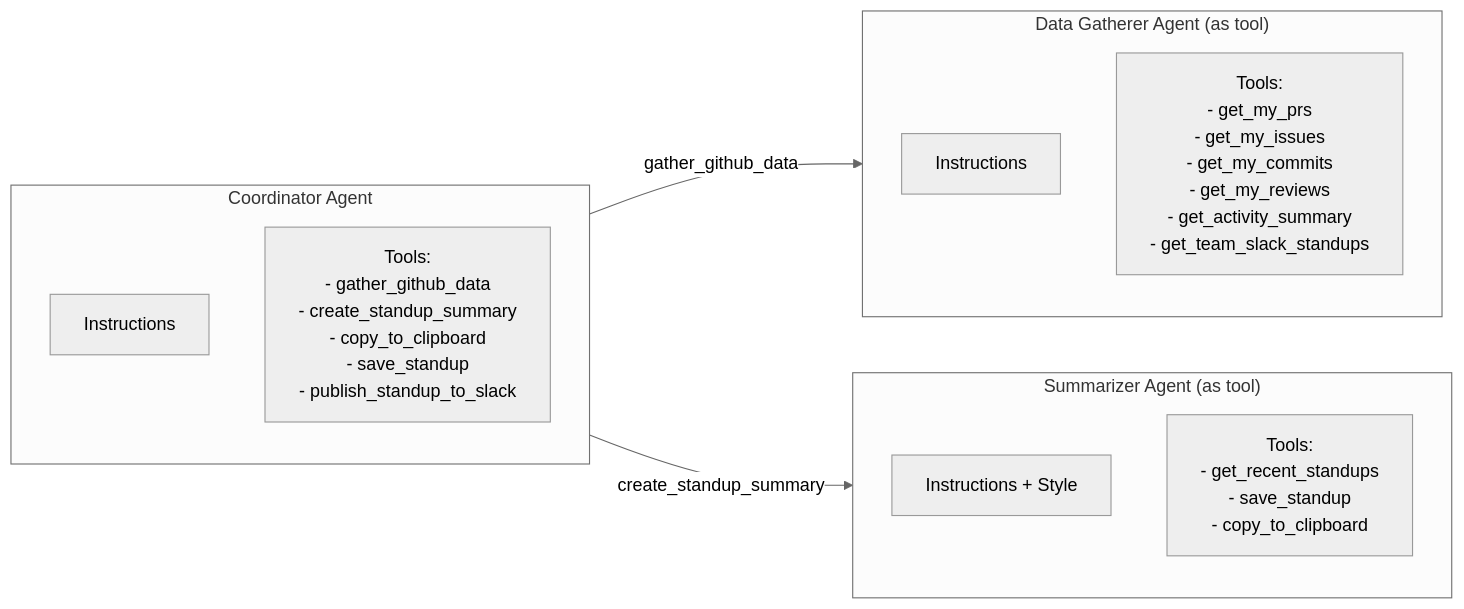
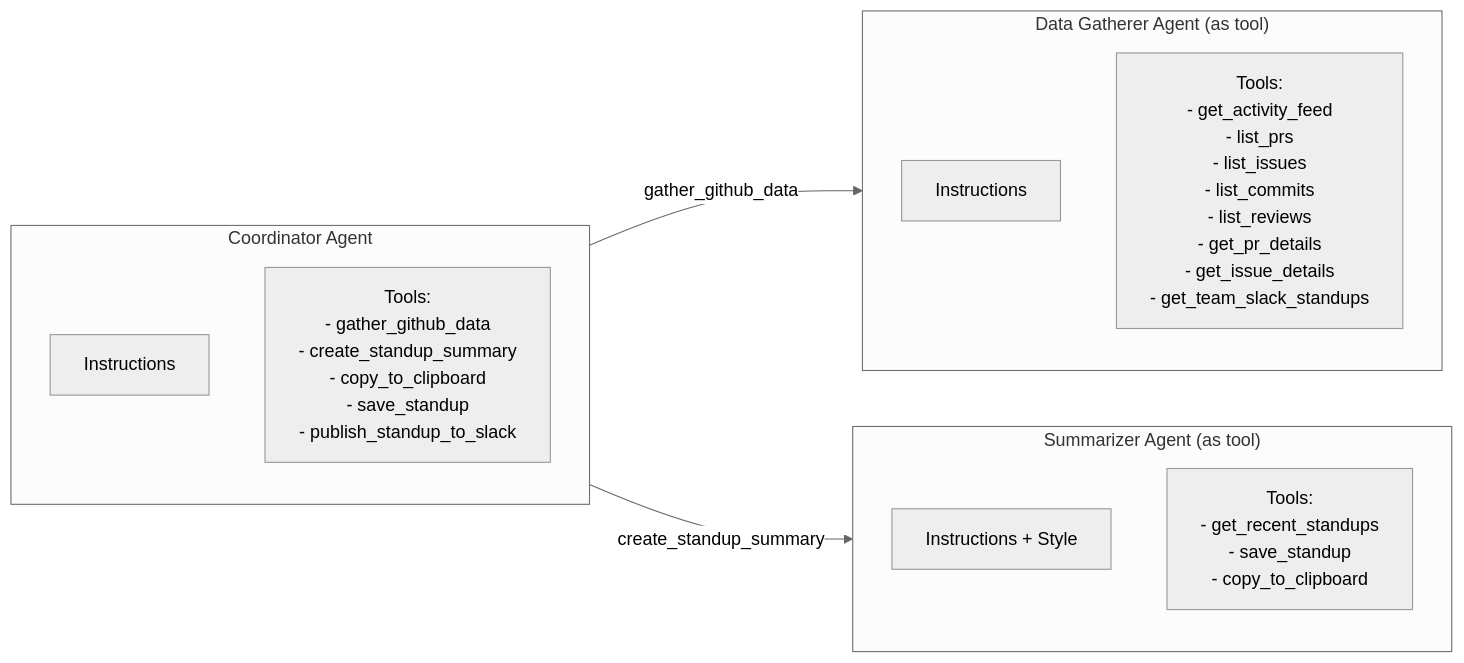
The second of 8 diagrams in ARCHITECTURE.md (andrewm4894/github-standup-agent), drawn with Mermaid (neutral theme) before and after one commit. The commit also changed other lines of this file and 1 other file, not shown here.

First line of the commit message:
docs: update architecture and tool documentation

````diff
--- a/ARCHITECTURE.md
+++ b/ARCHITECTURE.md
@@ -80,23 +80,23 @@
 ```mermaid
 flowchart LR
     subgraph Coordinator["Coordinator Agent"]
         direction TB
         c_inst["Instructions"]
         c_tools["Tools:<br/>- gather_github_data<br/>- create_standup_summary<br/>- copy_to_clipboard<br/>- save_standup<br/>- publish_standup_to_slack"]
     end
 
     subgraph DataGatherer["Data Gatherer Agent (as tool)"]
         direction TB
         dg_inst["Instructions"]
-        dg_tools["Tools:<br/>- get_my_prs<br/>- get_my_issues<br/>- get_my_commits<br/>- get_my_reviews<br/>- get_activity_summary<br/>- get_team_slack_standups"]
+        dg_tools["Tools:<br/>- get_activity_feed<br/>- list_prs<br/>- list_issues<br/>- list_commits<br/>- list_reviews<br/>- get_pr_details<br/>- get_issue_details<br/>- get_team_slack_standups"]
     end
 
     subgraph Summarizer["Summarizer Agent (as tool)"]
         direction TB
         s_inst["Instructions + Style"]
         s_tools["Tools:<br/>- get_recent_standups<br/>- save_standup<br/>- copy_to_clipboard"]
     end
 
     Coordinator -->|"gather_github_data"| DataGatherer
     Coordinator -->|"create_standup_summary"| Summarizer
 ```
````
